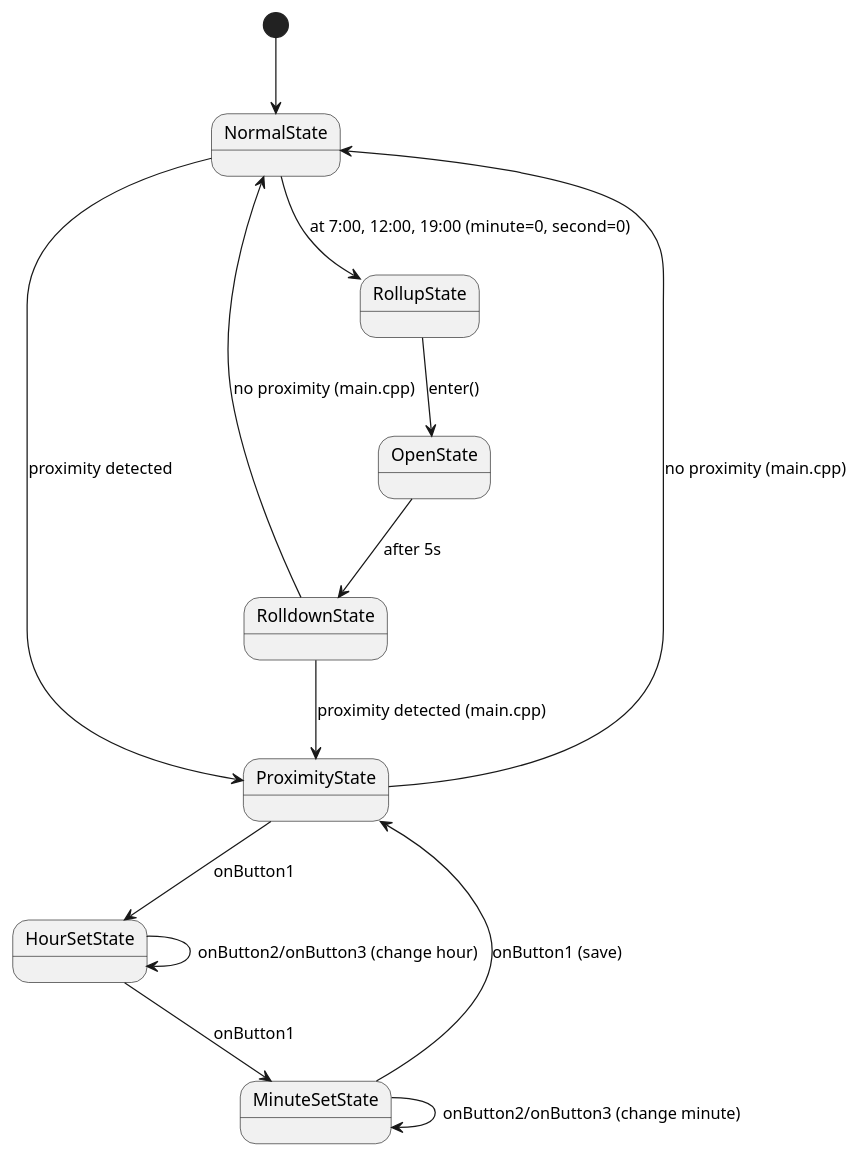
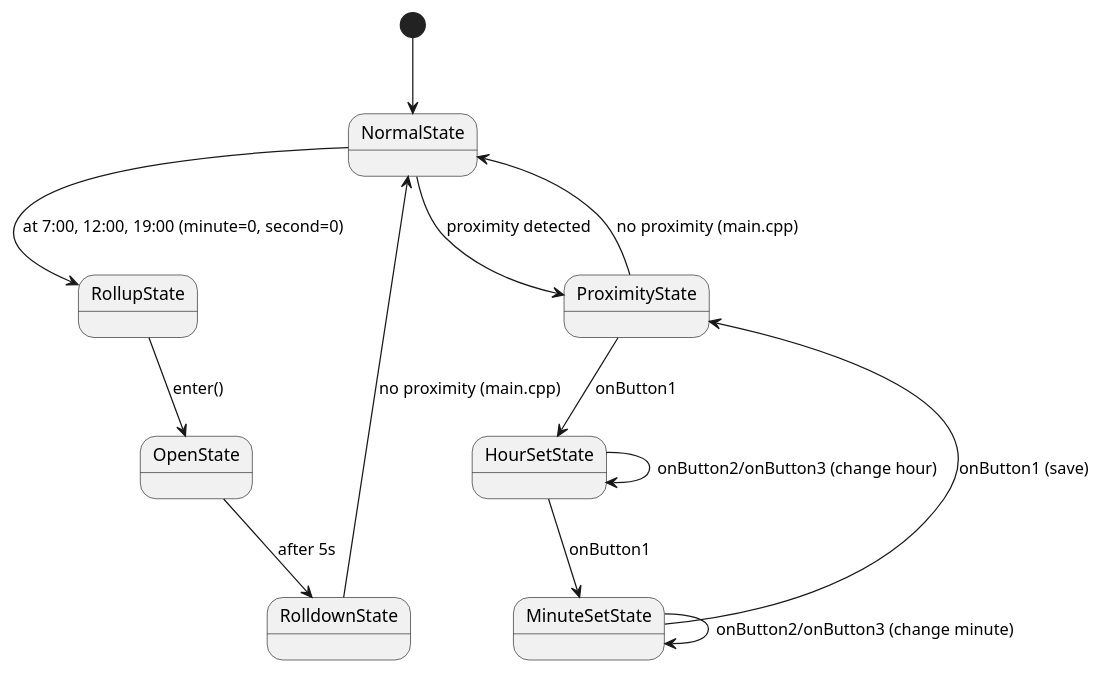
The diagram in states_diagram.puml (AuriconBela/catfeeder), drawn with PlantUML before and after one commit. The commit also changed 4 other files, not shown here.

```diff
--- a/states_diagram.puml
+++ b/states_diagram.puml
@@ -1,21 +1,20 @@
 @startuml catfeeder_states
 
 [*] --> NormalState
 NormalState --> RollupState : at 7:00, 12:00, 19:00 (minute=0, second=0)
 
 NormalState --> ProximityState : proximity detected
 
 RollupState --> OpenState : enter()
 OpenState --> RolldownState : after 5s
-RolldownState --> ProximityState : proximity detected (main.cpp)
 RolldownState --> NormalState : no proximity (main.cpp)
 
 HourSetState --> MinuteSetState : onButton1
 HourSetState --> HourSetState : onButton2/onButton3 (change hour)
 MinuteSetState --> ProximityState : onButton1 (save)
 MinuteSetState --> MinuteSetState : onButton2/onButton3 (change minute)
 
 ProximityState --> HourSetState : onButton1
 ProximityState --> NormalState : no proximity (main.cpp)
 
 @enduml
```
